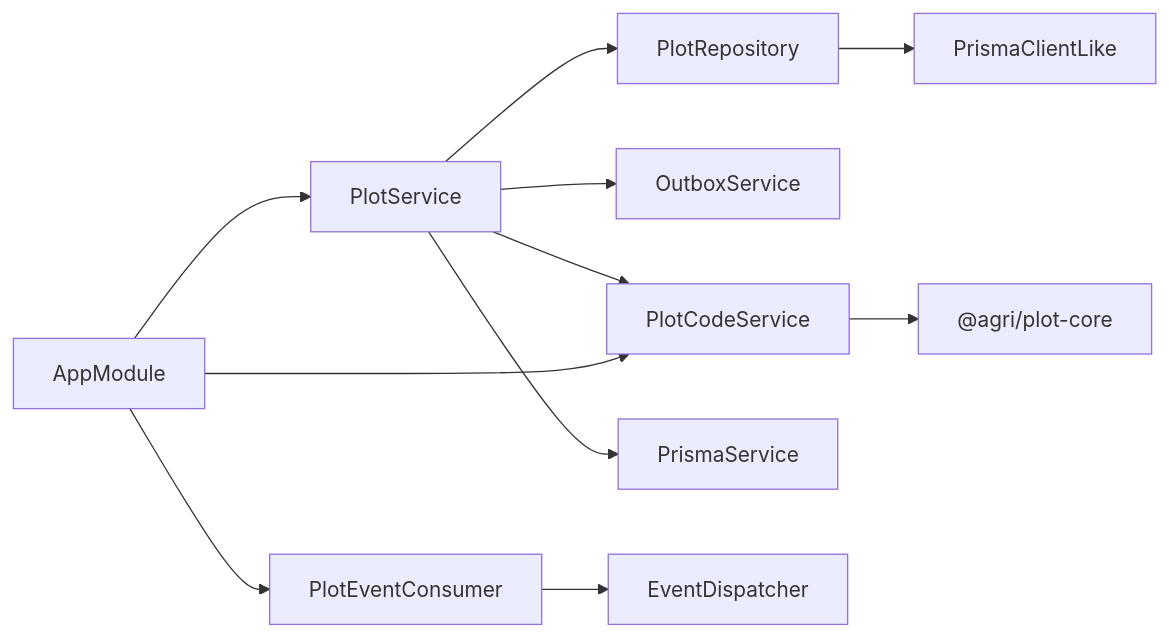
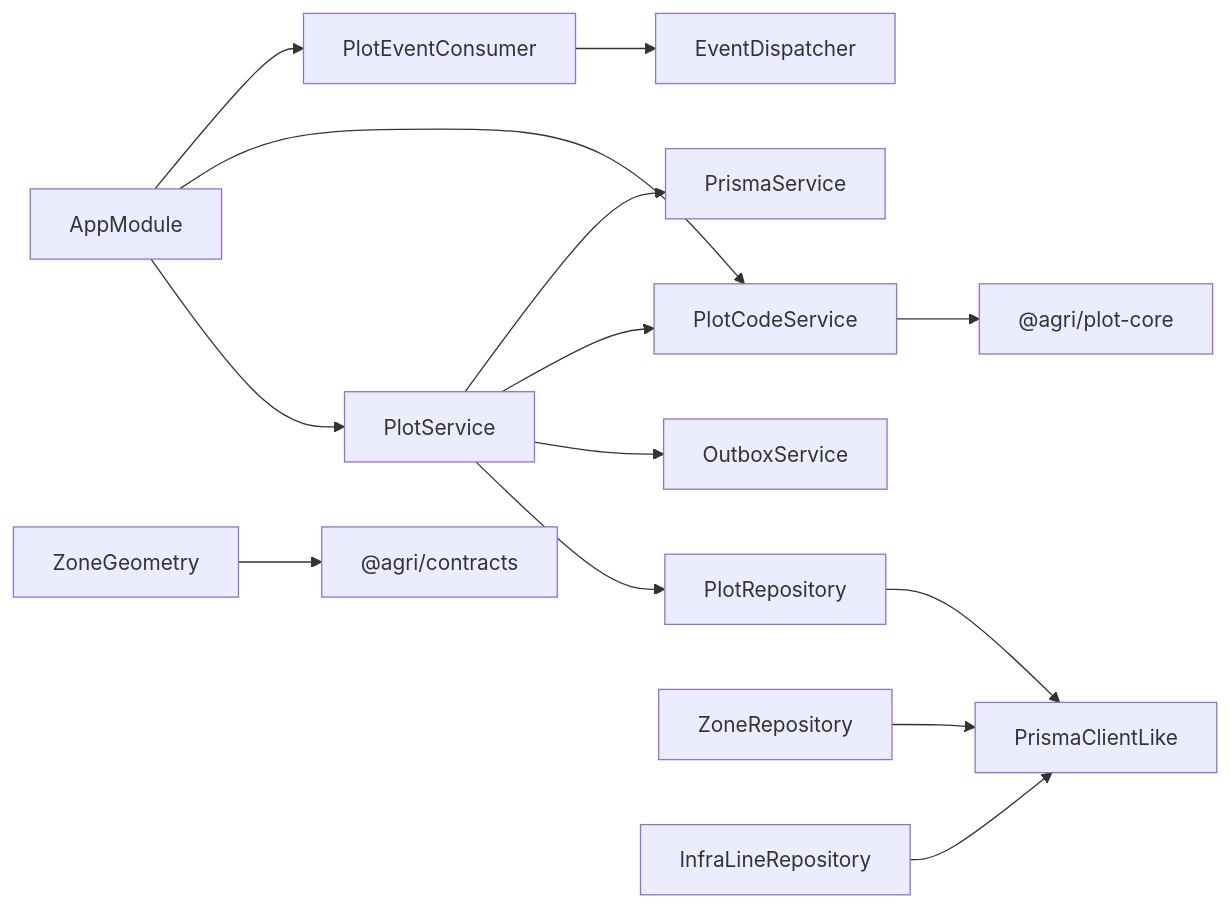
The tenth of 10 diagrams in .qoder/repowiki/zh/content/核心服务文档/地块管理服务.md (q446328246/agri-platform), drawn with Mermaid before and after one commit. The commit also changed other lines of this file and 68 other files, not shown here.

````diff
--- a/.qoder/repowiki/zh/content/核心服务文档/地块管理服务.md
+++ b/.qoder/repowiki/zh/content/核心服务文档/地块管理服务.md
@@ -318,13 +524,16 @@
 ```mermaid
 graph LR
 PlotService --> PlotRepository
 PlotService --> OutboxService
 PlotService --> PlotCodeService
 PlotService --> PrismaService
 PlotCodeService --> PlotCore["@agri/plot-core"]
 PlotRepository --> PrismaClientLike
 PlotEventConsumer --> EventDispatcher
+ZoneRepository --> PrismaClientLike
+InfraLineRepository --> PrismaClientLike
+ZoneGeometry --> Contracts["@agri/contracts"]
 AppModule --> PlotService
 AppModule --> PlotCodeService
 AppModule --> PlotEventConsumer
 ```
````
